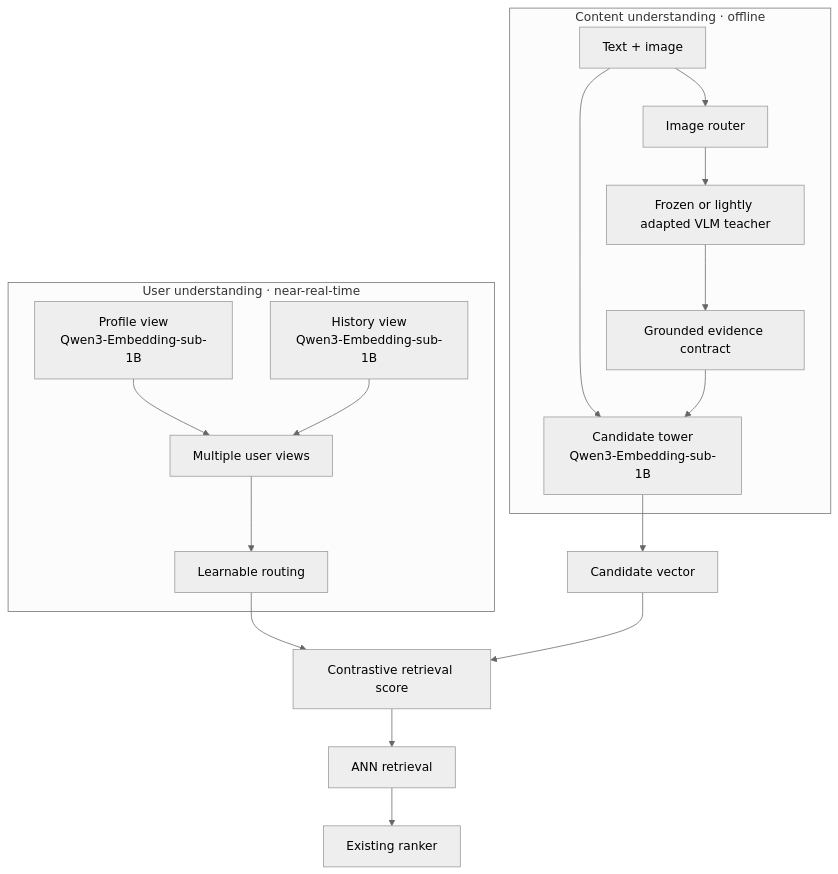
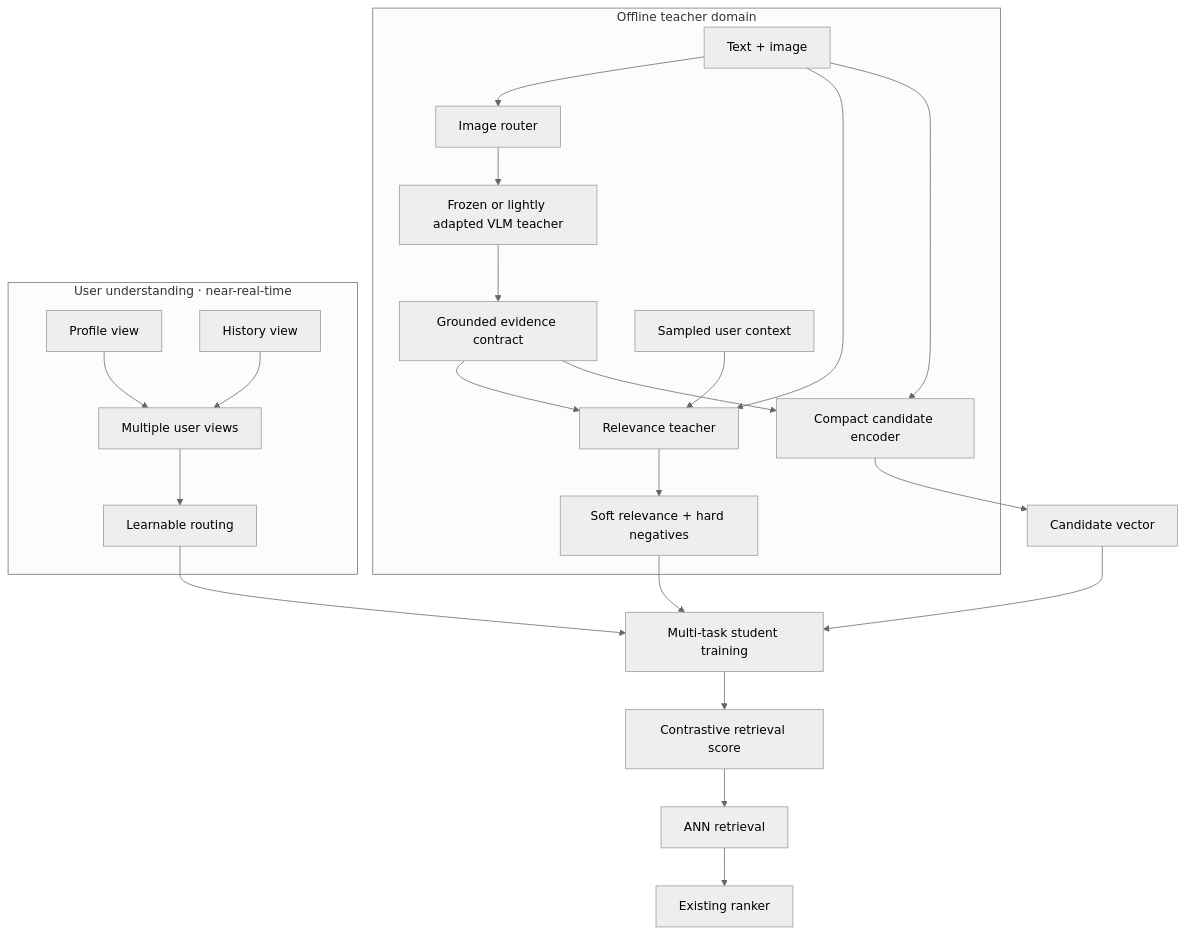
Before and after one commit to tianyi-zhang-02/cooking-agi: the second of 3 diagrams in practice/recommender-systems/noise-to-signal-retrieval.en.md, drawn with Mermaid (neutral theme). The commit also changed other lines of this file and 3 other files, not shown here.

````diff
--- a/practice/recommender-systems/noise-to-signal-retrieval.en.md
+++ b/practice/recommender-systems/noise-to-signal-retrieval.en.md
@@ -89,20 +109,26 @@
 ```mermaid
 flowchart TB
-    subgraph C["Content understanding · offline"]
+    subgraph C["Offline teacher domain"]
         A["Text + image"] --> B["Image router"]
         B --> C1["Frozen or lightly adapted VLM teacher"]
         C1 --> D["Grounded evidence contract"]
-        A --> E["Candidate tower<br/>Qwen3-Embedding-sub-1B"]
+        U0["Sampled user context"] --> T["Relevance teacher"]
+        A --> T
+        D --> T
+        T --> S["Soft relevance + hard negatives"]
+        A --> E["Compact candidate encoder"]
         D --> E
     end
     subgraph U["User understanding · near-real-time"]
-        F["Profile view<br/>Qwen3-Embedding-sub-1B"] --> H["Multiple user views"]
-        G["History view<br/>Qwen3-Embedding-sub-1B"] --> H
+        F["Profile view"] --> H["Multiple user views"]
+        G["History view"] --> H
         H --> I["Learnable routing"]
     end
+    S --> R["Multi-task student training"]
     E --> J["Candidate vector"]
-    I --> K["Contrastive retrieval score"]
-    J --> K
+    I --> R
+    J --> R
+    R --> K["Contrastive retrieval score"]
     K --> L["ANN retrieval"]
     L --> M["Existing ranker"]
 ```
````
